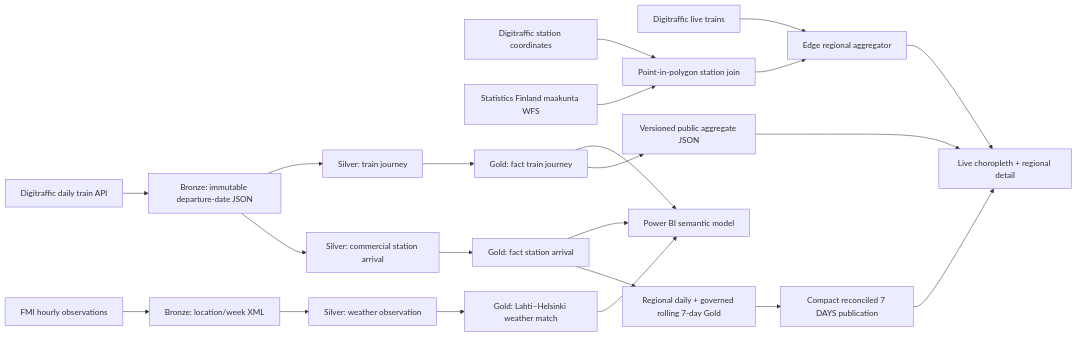
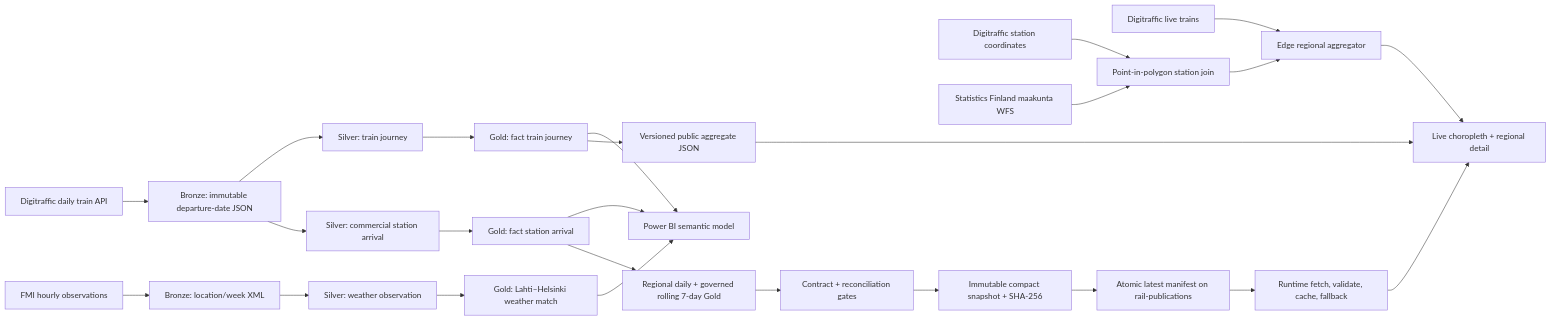
Before and after one commit to Sintagmatarches/applied-ai-lab: the diagram in docs/rail/architecture.md, drawn with Mermaid. The commit also changed other lines of this file and 18 other files, not shown here.

Commit message:
feat(rail): publish governed snapshots at runtime

````diff
--- a/docs/rail/architecture.md
+++ b/docs/rail/architecture.md
@@ -5,24 +5,27 @@
 ```mermaid
 flowchart LR
   R["Digitraffic live trains"] --> RM["Edge regional aggregator"]
   ST["Digitraffic station coordinates"] --> SJ["Point-in-polygon station join"]
   SF["Statistics Finland maakunta WFS"] --> SJ
   SJ --> RM
   RM --> U["Live choropleth + regional detail"]
   D["Digitraffic daily train API"] --> B["Bronze: immutable departure-date JSON"]
   W["FMI hourly observations"] --> BW["Bronze: location/week XML"]
   B --> S1["Silver: train journey"]
   B --> S2["Silver: commercial station arrival"]
   BW --> S3["Silver: weather observation"]
   S1 --> G1["Gold: fact train journey"]
   S2 --> G2["Gold: fact station arrival"]
   S3 --> G3["Gold: Lahti–Helsinki weather match"]
   G1 --> P["Power BI semantic model"]
   G2 --> P
   G3 --> P
   G1 --> J["Versioned public aggregate JSON"]
   G2 --> R7["Regional daily + governed rolling 7-day Gold"]
-  R7 --> J7["Compact reconciled 7 DAYS publication"]
-  J7 --> U
+  R7 --> GATE["Contract + reconciliation gates"]
+  GATE --> SNAP["Immutable compact snapshot + SHA-256"]
+  SNAP --> MAN["Atomic latest manifest on rail-publications"]
+  MAN --> API["Runtime fetch, validate, cache, fallback"]
+  API --> U
   J --> U
 ```
````
